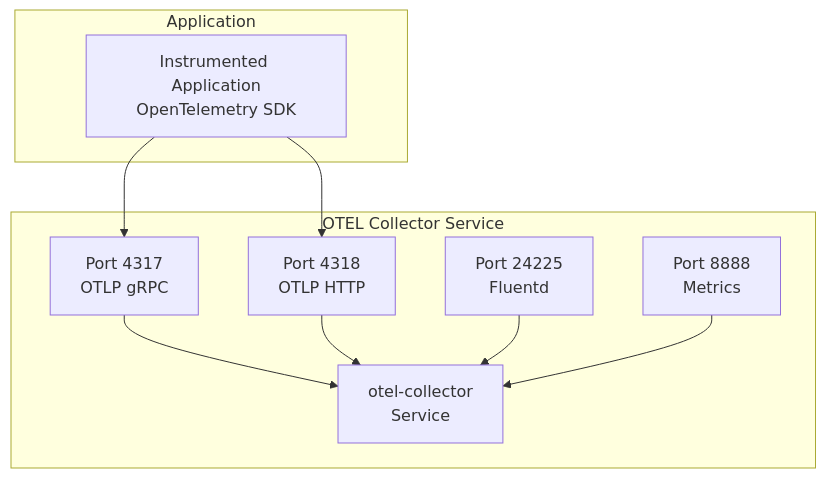
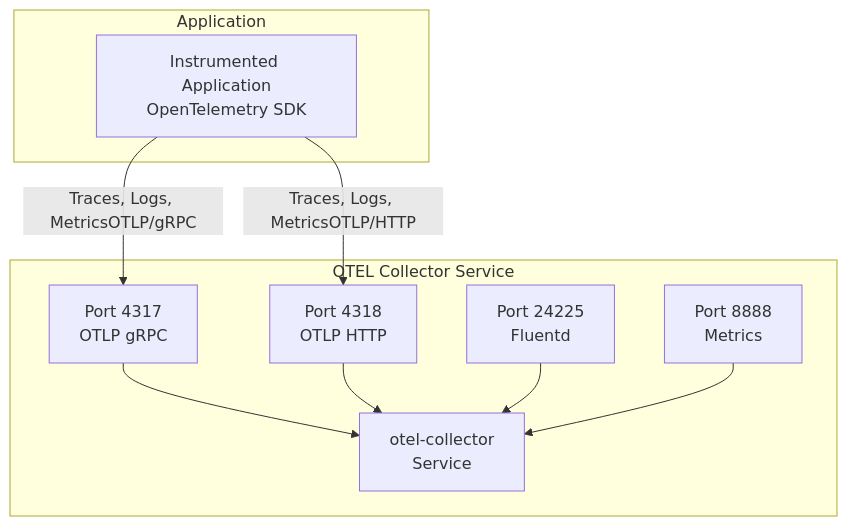
One commit to openchoreo/openchoreo changed the first of 5 diagrams in docs/hyperdxio-helm-charts-docs/Integrating-Applications.md. Above: the diagram before and after it, drawn with Mermaid. The commit also changed other lines of this file and 85 other files, not shown here.

Commit message:
feat: Add new workflow and specification templates, update Helm chart dependencies, and clarify documentation diagrams.

````diff
--- a/docs/hyperdxio-helm-charts-docs/Integrating-Applications.md
+++ b/docs/hyperdxio-helm-charts-docs/Integrating-Applications.md
@@ -34,29 +34,29 @@
 ```mermaid
 flowchart TD
 
 App["Instrumented Application<br>OpenTelemetry SDK"]
 Collector["otel-collector<br>Service"]
 GRPCPort["Port 4317<br>OTLP gRPC"]
 HTTPPort["Port 4318<br>OTLP HTTP"]
 FluentdPort["Port 24225<br>Fluentd"]
 MetricsPort["Port 8888<br>Metrics"]
 
-App --> GRPCPort
-App --> HTTPPort
+App -->|"Traces, Logs, MetricsOTLP/gRPC"| GRPCPort
+App -->|"Traces, Logs, MetricsOTLP/HTTP"| HTTPPort
 
 subgraph subGraph1 ["OTEL Collector Service"]
     Collector
     GRPCPort
     HTTPPort
     FluentdPort
     MetricsPort
     GRPCPort --> Collector
     HTTPPort --> Collector
     FluentdPort --> Collector
     MetricsPort --> Collector
 end
 
 subgraph Application ["Application"]
     App
 end
 ```
````
